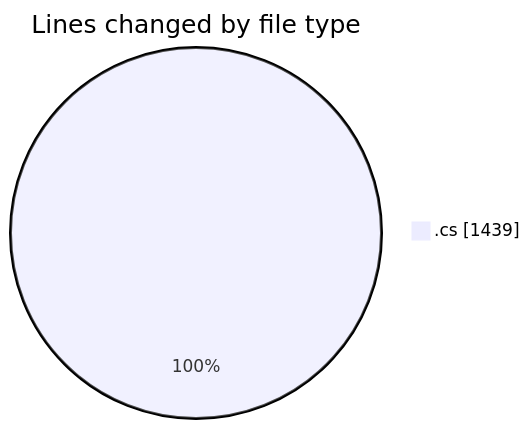
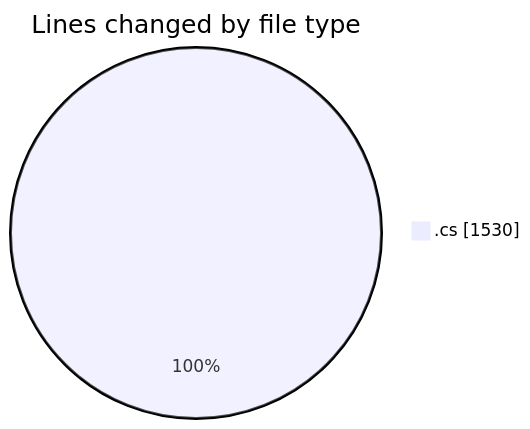
Before and after one commit to Netris89/code-tracking: the first of 2 diagrams in 2025-03-26/back-end/README.md, drawn with Mermaid. The commit also changed other lines of this file and 1 other file, not shown here.

````diff
--- a/2025-03-26/back-end/README.md
+++ b/2025-03-26/back-end/README.md
@@ -31,5 +32,5 @@
 ```mermaid
 pie showData
 title Lines changed by file type
-".cs" : 1439
+".cs" : 1530
 ```
````
